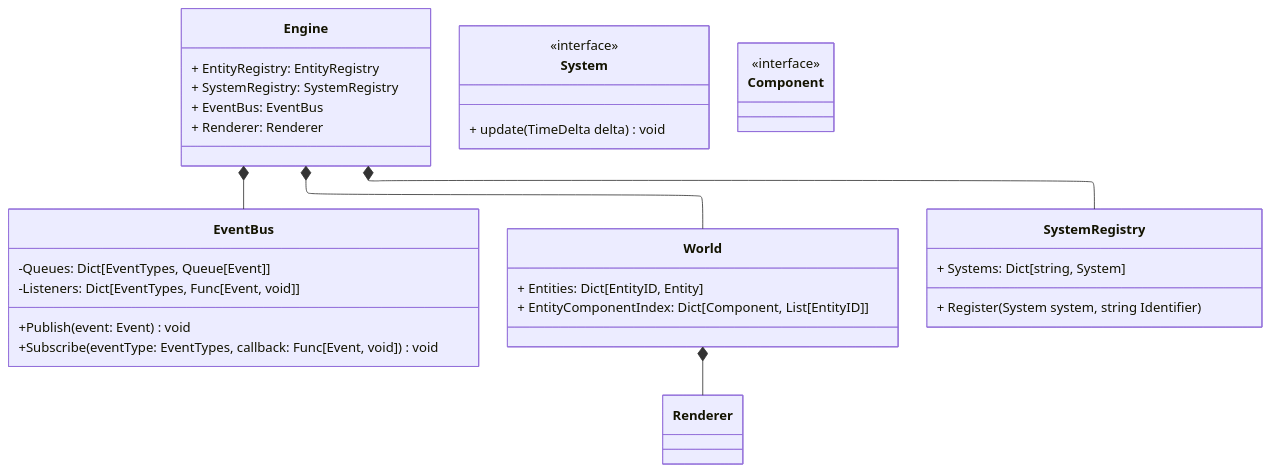
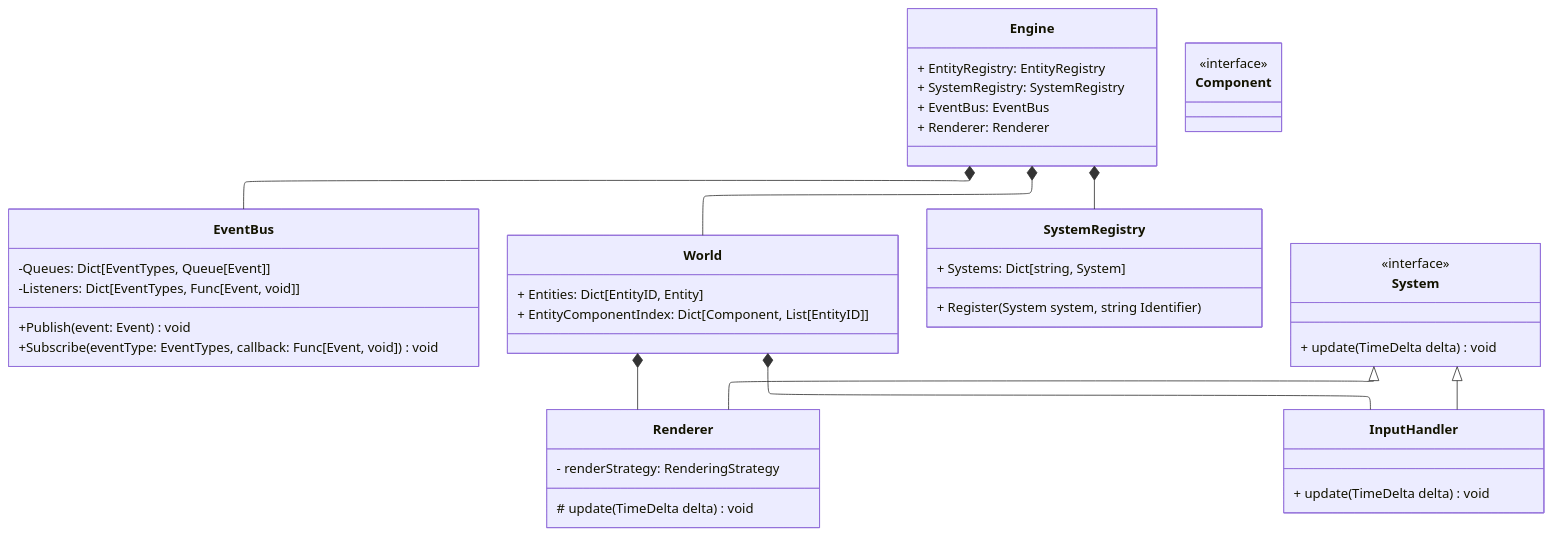
The diagram in EngineArchitecture.mmd (FT111/game-1), drawn with Mermaid before and after one commit. The commit also changed 1 other file, not shown here.

```diff
--- a/EngineArchitecture.mmd
+++ b/EngineArchitecture.mmd
@@ -1,49 +1,58 @@
 ---
 config:
   layout: elk
 ---
 
 classDiagram
     class EventBus {
         -Queues: Dict[EventTypes, Queue[Event]]
         -Listeners: Dict[EventTypes, Func[Event, void]]
         +Publish(event: Event) void
         +Subscribe(eventType: EventTypes, callback: Func[Event, void]) void
     }
 
     class Engine {
         + EntityRegistry: EntityRegistry
         + SystemRegistry: SystemRegistry
         + EventBus: EventBus
         + Renderer: Renderer
     }
 
     class World {
         + Entities: Dict[EntityID, Entity]
         + EntityComponentIndex: Dict[Component, List[EntityID]]
     }
 
     class SystemRegistry {
         + Systems: Dict[string, System]
         + Register(System system, string Identifier)
     }
 
 
     class Renderer {
+        # update(TimeDelta delta) void
+        - renderStrategy: RenderingStrategy
+    }
 
+    class InputHandler {
+        + update(TimeDelta delta) void
     }
 
     class System {
         <<interface>>
         + update(TimeDelta delta) void
     }
 
     class Component {
         <<interface>>
     }
 
 
 Engine *-- World
 Engine *-- SystemRegistry
 Engine *-- EventBus
 World *-- Renderer
+World *-- InputHandler
+
+System <|-- Renderer
+System <|-- InputHandler
```
